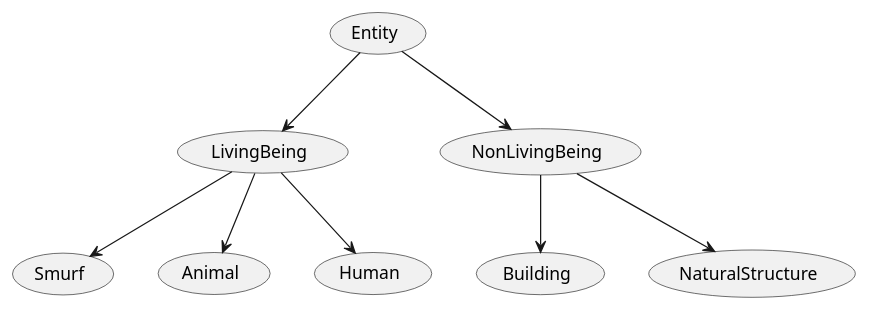
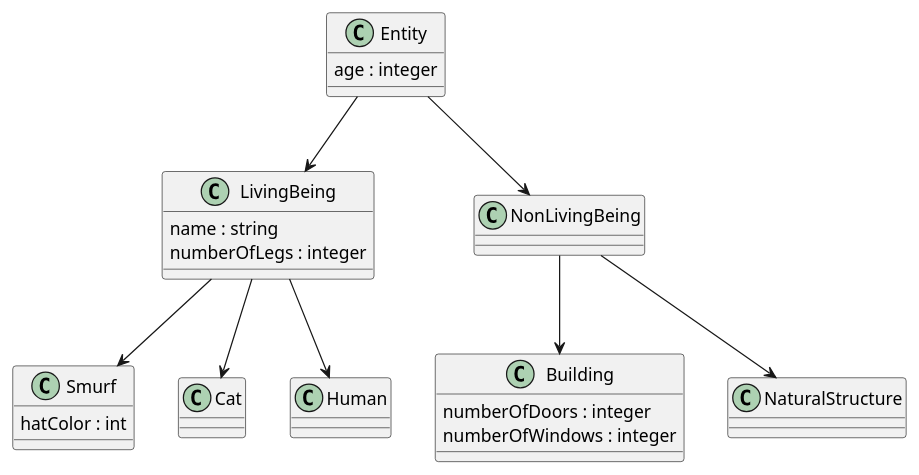
One commit to kamilix2003/SmurfVillage changed the diagram in README.md. Above: the diagram before and after it, drawn with PlantUML. The commit also changed other lines of this file and 8 other files, not shown here.

````diff
--- a/README.md
+++ b/README.md
@@ -3,16 +3,49 @@
 ```plantuml
-@startuml test
+@startuml
 
-(Entity) --> (LivingBeing)
-(Entity) --> (NonLivingBeing)
+class Entity {
+    age : integer
+}
 
-(LivingBeing) --> (Smurf)
-(LivingBeing) --> (Animal)
-(LivingBeing) --> (Human)
+class LivingBeing{
+    name : string
+    numberOfLegs : integer
+}
 
-(NonLivingBeing) --> (Building)
-(NonLivingBeing) --> (NaturalStructure)
+class Smurf {
+    hatColor : int
+}
 
+class Cat {
+
+}
+
+class Human {
+
+}
+
+class NonLivingBeing {
+
+}
+
+class Building {
+    numberOfDoors : integer
+    numberOfWindows : integer
+}
+
+class NaturalStructure {
+
+}
+
+Entity --> LivingBeing
+Entity --> NonLivingBeing
+
+LivingBeing --> Smurf
+LivingBeing --> Cat
+LivingBeing --> Human
+
+NonLivingBeing --> Building
+NonLivingBeing --> NaturalStructure
 
 @enduml
 ```
````
